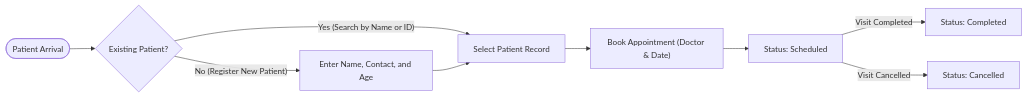
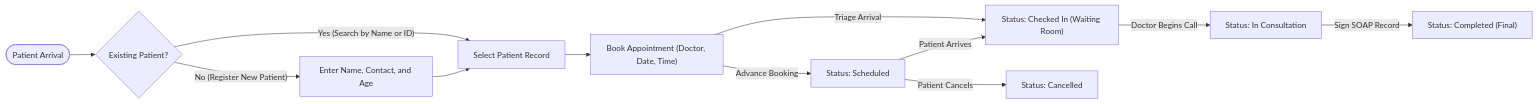
The diagram in docs/overview.md (erudyey/HospitalSystem), drawn with Mermaid before and after one commit. The commit also changed other lines of this file and 10 other files, not shown here.

First line of the commit message:
feat(ui): implement receptionist triage, doctor workspace, auth gateway, and demo switcher

````diff
--- a/docs/overview.md
+++ b/docs/overview.md
@@ -12,11 +13,14 @@
 ```mermaid
 flowchart LR
     Start(["Patient Arrival"]) --> Search{"Existing Patient?"}
     Search -->|"Yes (Search by Name or ID)"| Select["Select Patient Record"]
     Search -->|"No (Register New Patient)"| Register["Enter Name, Contact, and Age"]
     Register --> Select
-    Select --> Book["Book Appointment (Doctor & Date)"]
-    Book --> Active["Status: Scheduled"]
-    Active -->|"Visit Completed"| Complete["Status: Completed"]
-    Active -->|"Visit Cancelled"| Cancel["Status: Cancelled"]
+    Select --> Book["Book Appointment (Doctor, Date, Time)"]
+    Book -->|"Triage Arrival"| Waiting["Status: Checked In (Waiting Room)"]
+    Book -->|"Advance Booking"| Scheduled["Status: Scheduled"]
+    Scheduled -->|"Patient Arrives"| Waiting
+    Waiting -->|"Doctor Begins Call"| Consult["Status: In Consultation"]
+    Consult -->|"Sign SOAP Record"| Completed["Status: Completed (Final)"]
+    Scheduled -->|"Patient Cancels"| Cancelled["Status: Cancelled"]
 ```
````
